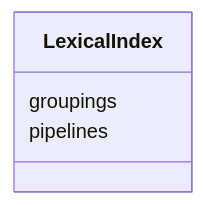
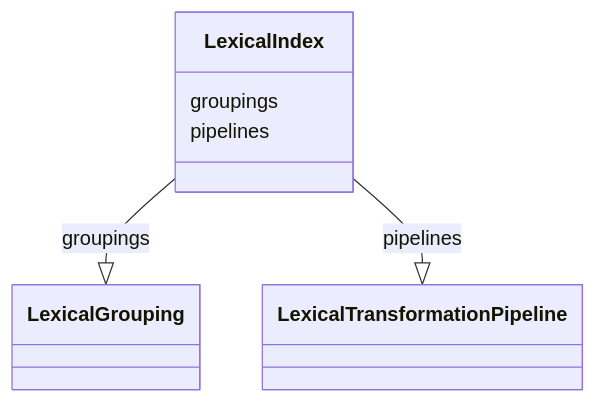
The diagram in lexical-index/LexicalIndex.md (cthoyt/ontology-access-kit), drawn with Mermaid before and after one commit. The commit also changed other lines of this file and 3287 other files, not shown here.

````diff
--- a/lexical-index/LexicalIndex.md
+++ b/lexical-index/LexicalIndex.md
@@ -11,7 +14,13 @@
 ```{mermaid}
  classDiagram
     class LexicalIndex
       LexicalIndex : groupings
+        
+          LexicalIndex --|> LexicalGrouping : groupings
+        
       LexicalIndex : pipelines
+        
+          LexicalIndex --|> LexicalTransformationPipeline : pipelines
+        
       
 ```
````
